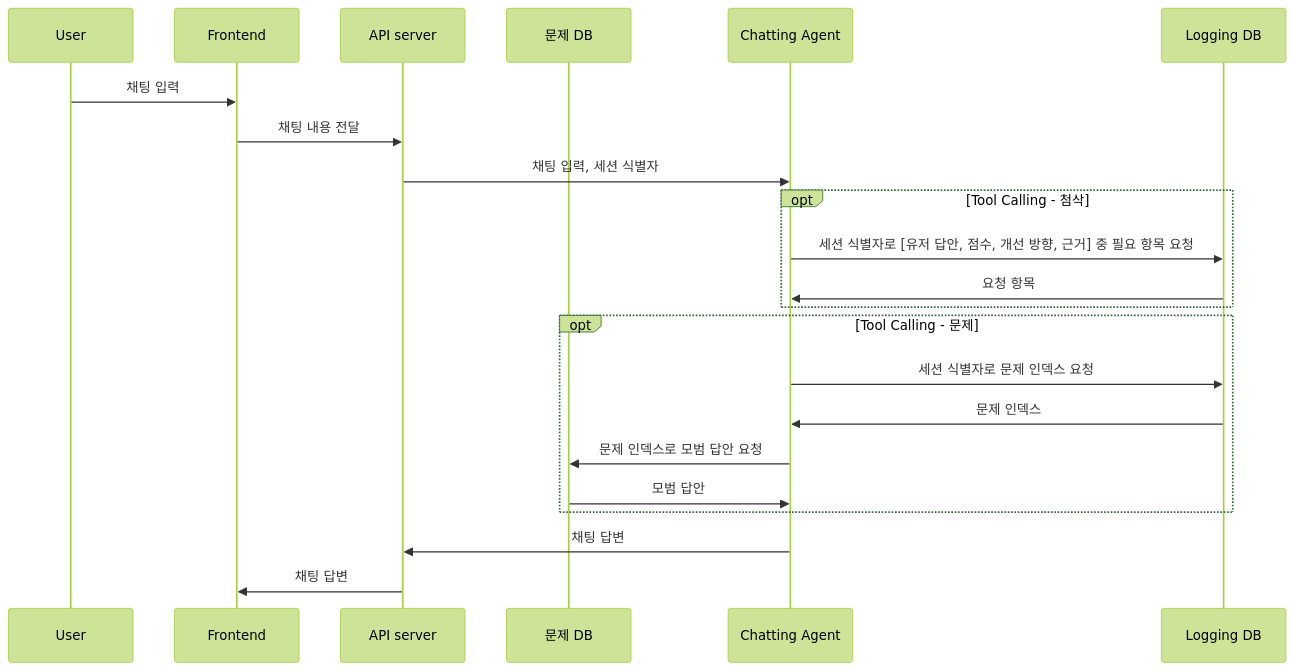
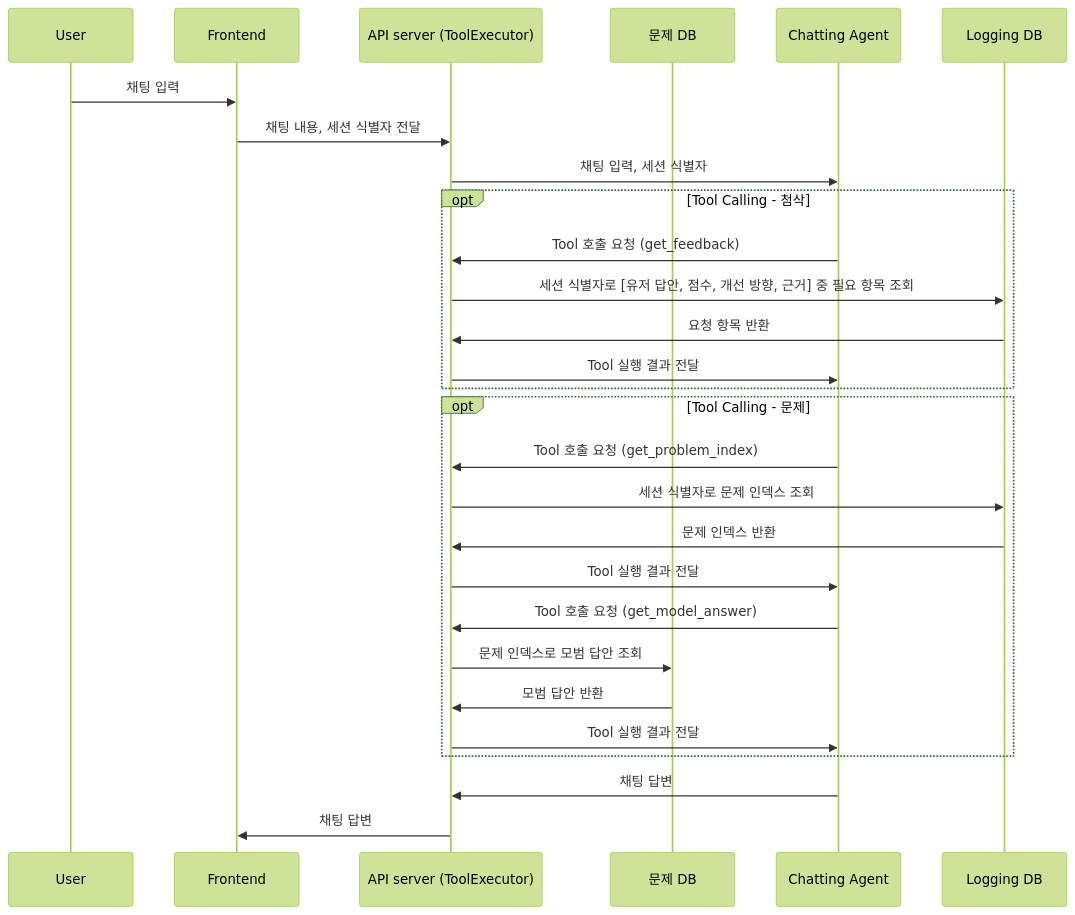
One commit to bookyoulove/paragraphy changed the fifth of 5 diagrams in 설계문서/시퀀스 다이어그램.md. Above: the diagram before and after it, drawn with Mermaid (forest theme). The commit also changed other lines of this file and 3 other files, not shown here.

````diff
--- a/설계문서/시퀀스 다이어그램.md
+++ b/설계문서/시퀀스 다이어그램.md
@@ -99,24 +106,30 @@
 ```mermaid
 sequenceDiagram
     participant User
     participant Frontend
-    participant API as API server
+    participant API as API server (ToolExecutor)
     participant problem as 문제 DB
     participant chat as Chatting Agent
     participant log as Logging DB
     User->>Frontend: 채팅 입력
-    Frontend->>API: 채팅 내용 전달
+    Frontend->>API: 채팅 내용, 세션 식별자 전달
     API->>chat: 채팅 입력, 세션 식별자
     opt Tool Calling - 첨삭
-    chat->>log: 세션 식별자로 [유저 답안, 점수, 개선 방향, 근거] 중 필요 항목 요청
-    log->>chat: 요청 항목
+    chat->>API: Tool 호출 요청 (get_feedback)
+    API->>log: 세션 식별자로 [유저 답안, 점수, 개선 방향, 근거] 중 필요 항목 조회
+    log->>API: 요청 항목 반환
+    API->>chat: Tool 실행 결과 전달
     end
     opt Tool Calling - 문제
-    chat->>log: 세션 식별자로 문제 인덱스 요청
-    log->>chat: 문제 인덱스
-    chat->>problem: 문제 인덱스로 모범 답안 요청
-    problem->>chat: 모범 답안
+    chat->>API: Tool 호출 요청 (get_problem_index)
+    API->>log: 세션 식별자로 문제 인덱스 조회
+    log->>API: 문제 인덱스 반환
+    API->>chat: Tool 실행 결과 전달
+    chat->>API: Tool 호출 요청 (get_model_answer)
+    API->>problem: 문제 인덱스로 모범 답안 조회
+    problem->>API: 모범 답안 반환
+    API->>chat: Tool 실행 결과 전달
     end
     chat->>API: 채팅 답변
     API->>Frontend: 채팅 답변
 ```
````
